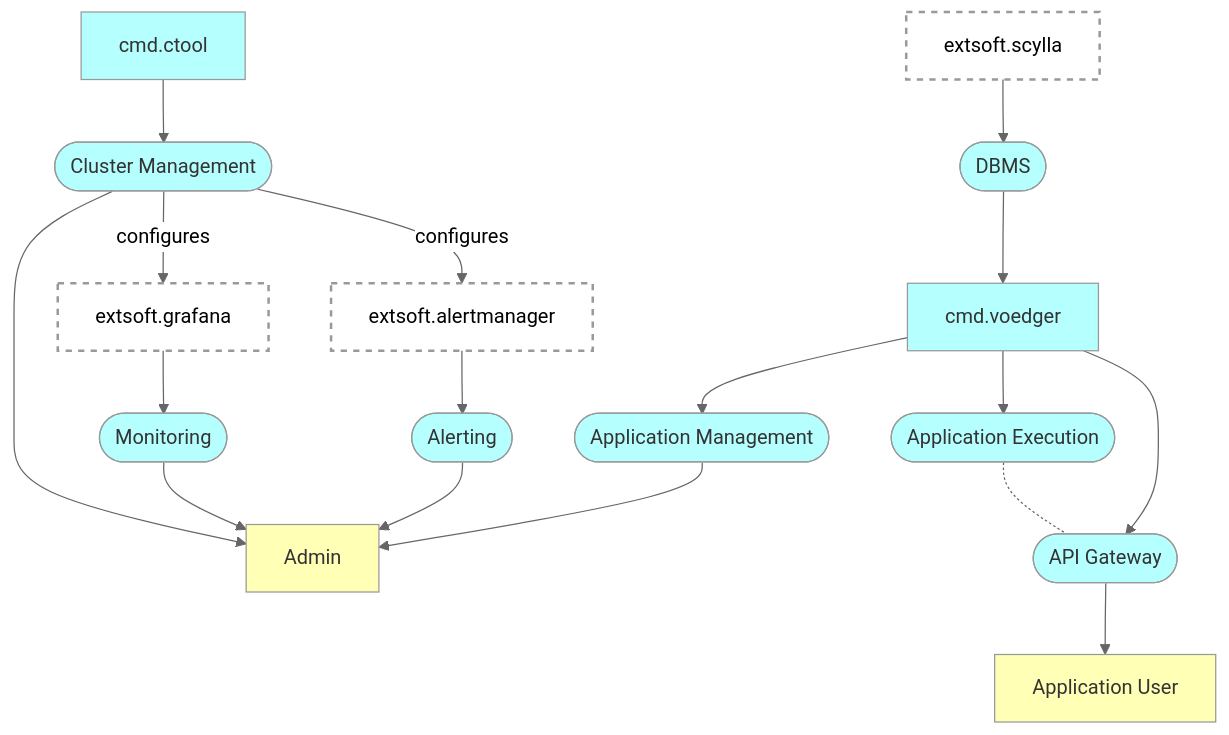
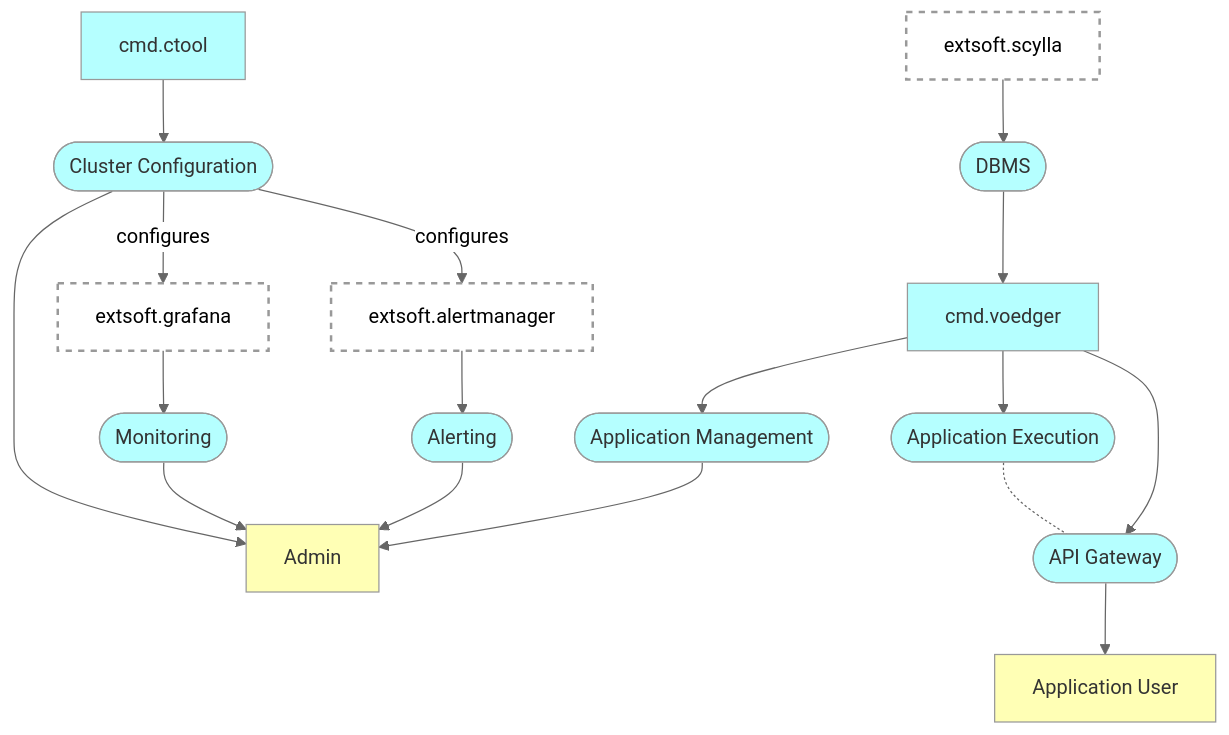
Before and after one commit to voedger/voedger-internals: the first of 2 diagrams in README.md, drawn with Mermaid (neutral theme). The commit also changed other lines of this file and 1 other file, not shown here.

Commit message:
Update README.md and SUMMARY.md with Voedger concept and service information

````diff
--- a/README.md
+++ b/README.md
@@ -18,52 +18,52 @@
 ```mermaid
     graph TD
 
     %% Entities ====================
 
     Admin[Admin]:::B
     User[Application User]:::B
 
     cmd.voedger:::S
     cmd.ctool:::S  
     grafana[extsoft.grafana]:::G
     alertmanager[extsoft.alertmanager]:::G
     scylla[extsoft.scylla]:::G
 
     DBMS([DBMS]):::S
     
-    ClusterMgmt([Cluster Management]):::S
+    ClusterCfg([Cluster Configuration]):::S
     Monitoring([Monitoring]):::S
     Alerting([Alerting]):::S
     AppMgmt([Application Management]):::S  
     RunApp([Application Execution]):::S
     APIGateway([API Gateway]):::S
 
     %% Relations ====================
 
     scylla --> DBMS
     DBMS --> cmd.voedger
 
-    cmd.ctool --> ClusterMgmt
-    ClusterMgmt --> Admin
-    ClusterMgmt --> |configures| grafana
-    ClusterMgmt --> |configures| alertmanager
+    cmd.ctool --> ClusterCfg
+    ClusterCfg --> Admin
+    ClusterCfg --> |configures| grafana
+    ClusterCfg --> |configures| alertmanager
 
     grafana --> Monitoring
     alertmanager --> Alerting
     Monitoring --> Admin
     Alerting --> Admin
 
     cmd.voedger --> AppMgmt
     AppMgmt --> Admin
 
     cmd.voedger --> RunApp
     RunApp -.- APIGateway
 
     cmd.voedger --> APIGateway
     APIGateway --> User
 
     classDef B fill:#FFFFB5,color:#333
     classDef S fill:#B5FFFF,color:#333
     classDef H fill:#C9E7B7,color:#333
     classDef G fill:#ffffff15, stroke:#999, stroke-width:2px, stroke-dasharray: 5 5
 ```
````
